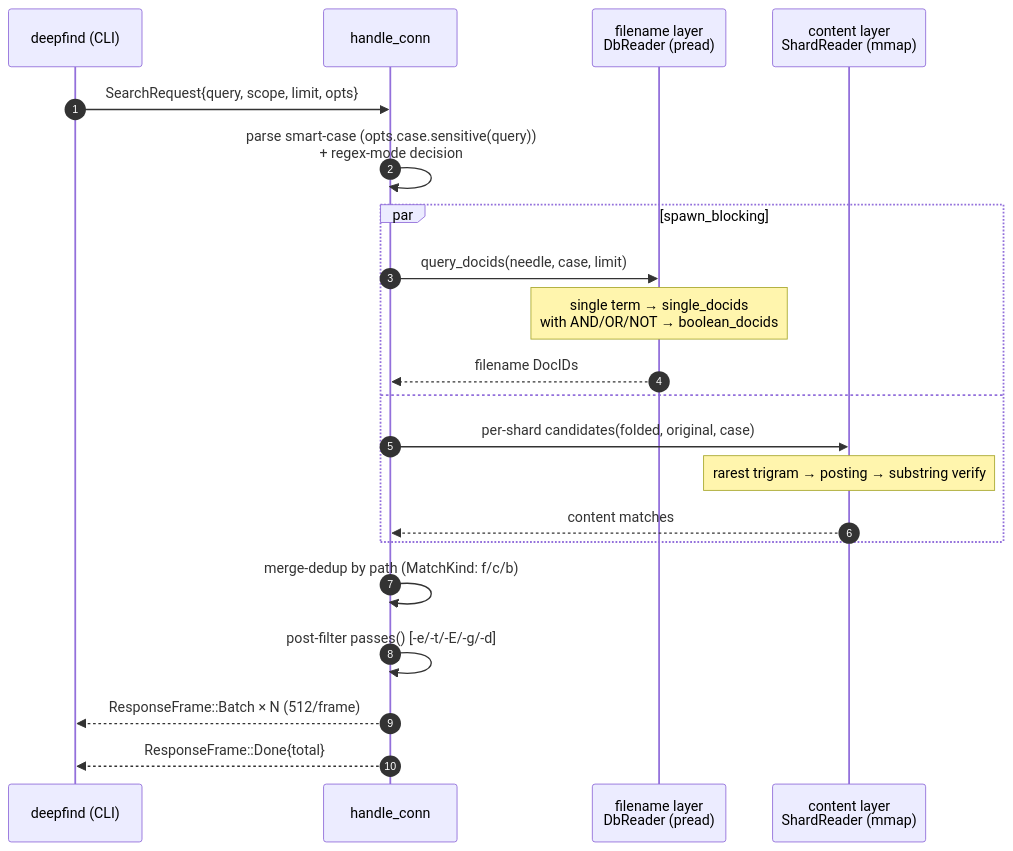
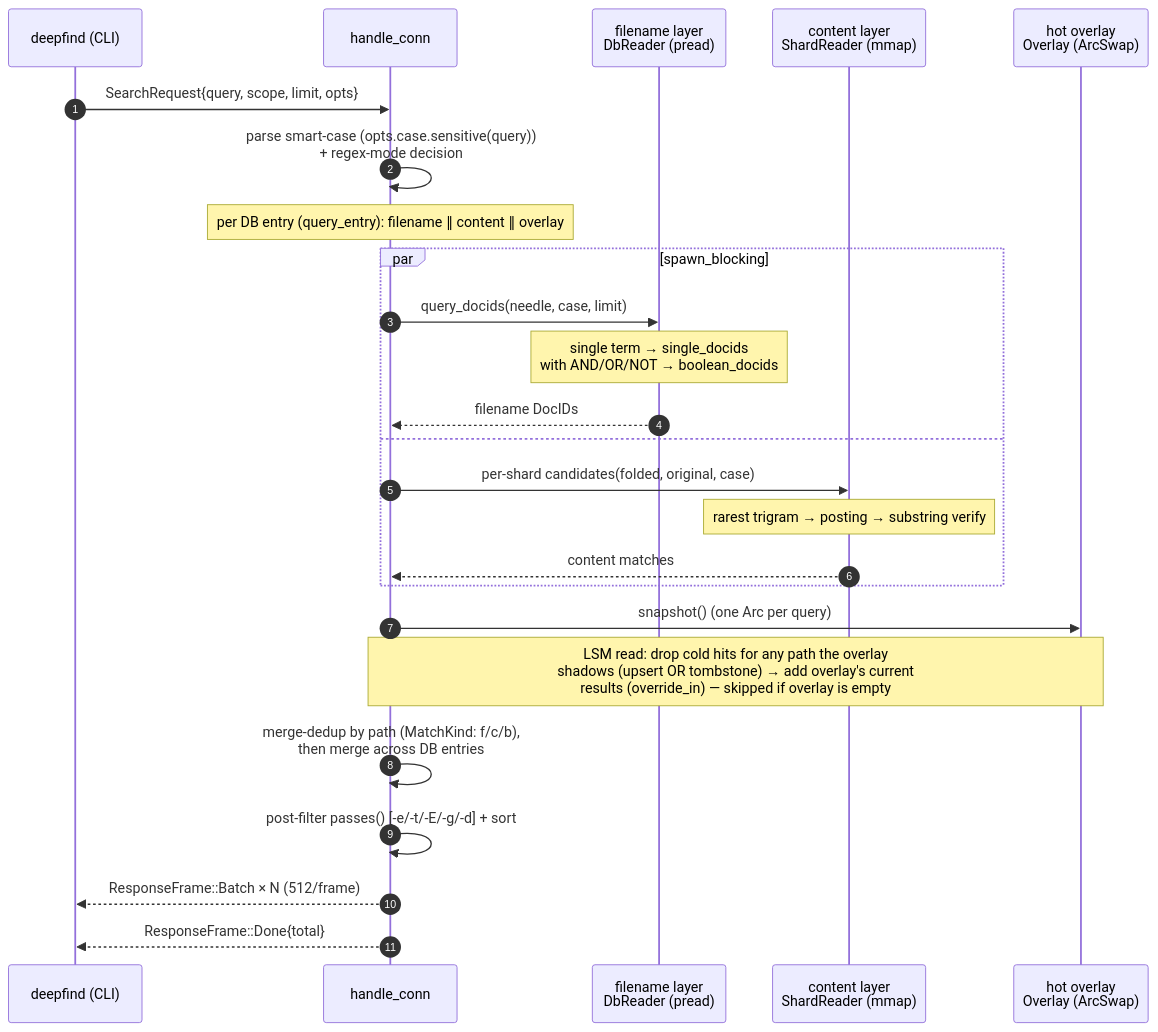
The fifth of 6 diagrams in docs/architecture.md (nadav-cheung/DeepFinder), drawn with Mermaid before and after one commit. The commit also changed other lines of this file and 3 other files, not shown here.

First line of the commit message:
docs: sync architecture/decisions/tech-selection/README to v0.1.6

````diff
--- a/docs/architecture.md
+++ b/docs/architecture.md
@@ -187,24 +219,28 @@
 ```mermaid
 sequenceDiagram
     autonumber
     participant CLI as deepfind (CLI)
     participant HC as handle_conn
     participant FN as filename layer<br/>DbReader (pread)
     participant CT as content layer<br/>ShardReader (mmap)
+    participant OV as hot overlay<br/>Overlay (ArcSwap)
 
     CLI->>HC: SearchRequest{query, scope, limit, opts}
     HC->>HC: parse smart-case (opts.case.sensitive(query))<br/>+ regex-mode decision
+    Note over HC: per DB entry (query_entry): filename ∥ content ∥ overlay
     par spawn_blocking
         HC->>FN: query_docids(needle, case, limit)
         Note over FN: single term → single_docids<br/>with AND/OR/NOT → boolean_docids
         FN-->>HC: filename DocIDs
     and
         HC->>CT: per-shard candidates(folded, original, case)
         Note over CT: rarest trigram → posting → substring verify
         CT-->>HC: content matches
     end
-    HC->>HC: merge-dedup by path (MatchKind: f/c/b)
-    HC->>HC: post-filter passes() [-e/-t/-E/-g/-d]
+    HC->>OV: snapshot() (one Arc per query)
+    Note over HC,OV: LSM read: drop cold hits for any path the overlay<br/>shadows (upsert OR tombstone) → add overlay's current<br/>results (override_in) — skipped if overlay is empty
+    HC->>HC: merge-dedup by path (MatchKind: f/c/b),<br/>then merge across DB entries
+    HC->>HC: post-filter passes() [-e/-t/-E/-g/-d] + sort
     HC-->>CLI: ResponseFrame::Batch × N (512/frame)
     HC-->>CLI: ResponseFrame::Done{total}
 ```
````
